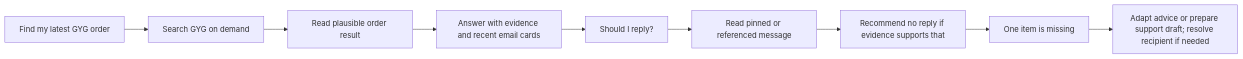
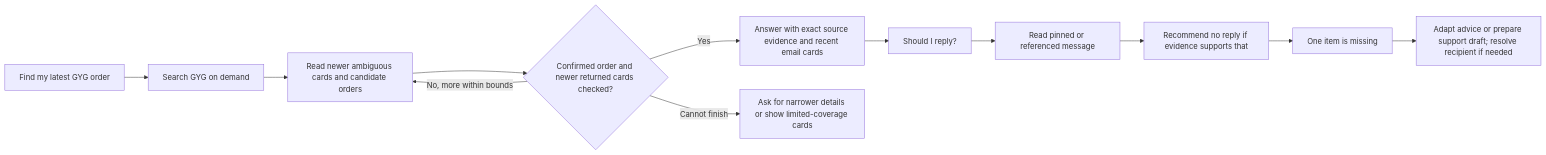
One commit to bhowmikdham/Threadly changed the third of 3 diagrams in docs/contextual-conversation.md. Above: the diagram before and after it, drawn with Mermaid. The commit also changed other lines of this file and 8 other files, not shown here.

````diff
--- a/docs/contextual-conversation.md
+++ b/docs/contextual-conversation.md
@@ -194,11 +220,14 @@
 ```mermaid
 flowchart LR
   A[Find my latest GYG order] --> B[Search GYG on demand]
-  B --> C[Read plausible order result]
-  C --> D[Answer with evidence and recent email cards]
+  B --> C[Read newer ambiguous cards and candidate orders]
+  C --> V{Confirmed order and newer returned cards checked?}
+  V -->|Yes| D[Answer with exact source evidence and recent email cards]
+  V -->|No, more within bounds| C
+  V -->|Cannot finish| Q[Ask for narrower details or show limited-coverage cards]
   D --> E[Should I reply?]
   E --> F[Read pinned or referenced message]
   F --> G[Recommend no reply if evidence supports that]
   G --> H[One item is missing]
   H --> I[Adapt advice or prepare support draft; resolve recipient if needed]
 ```
````
